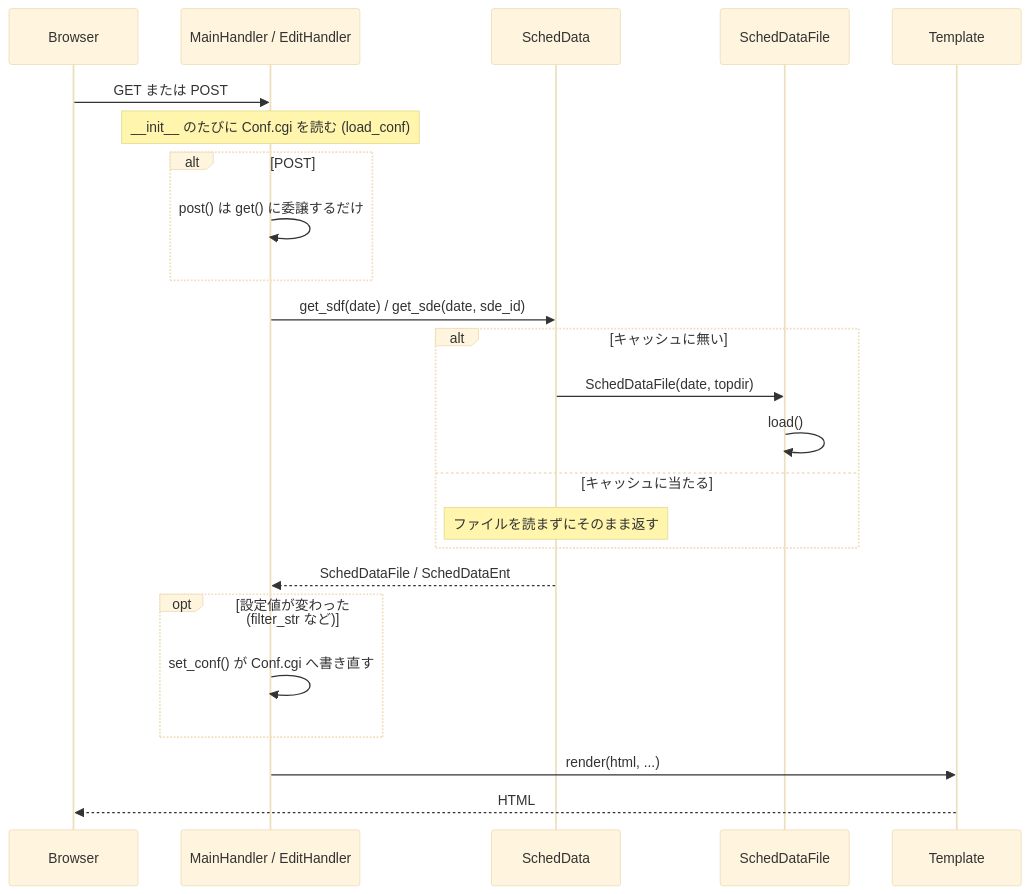
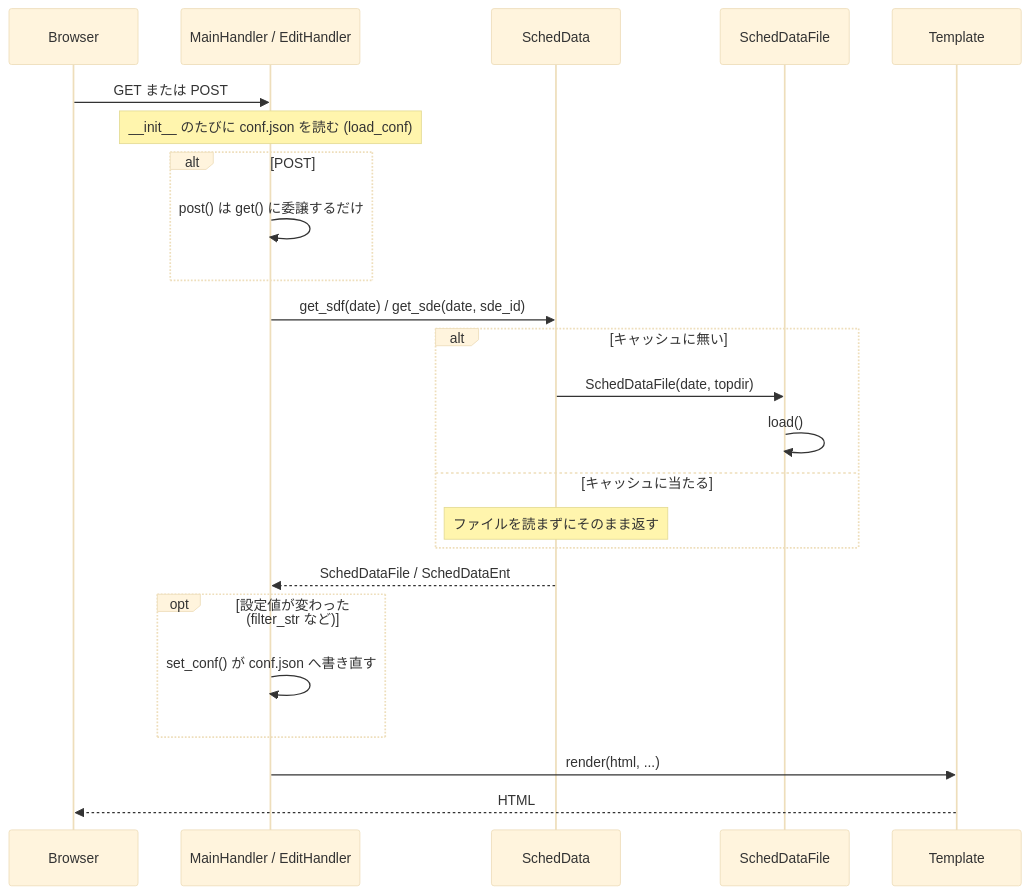
Before and after one commit to ytani01/ytsched: the third of 3 diagrams in src/README.md, drawn with Mermaid (base theme). The commit also changed other lines of this file and 19 other files, not shown here.

First line of the commit message:
feat(webapp): 設定ファイルを conf.json にする（TODO-032）

````diff
--- a/src/README.md
+++ b/src/README.md
@@ -159,27 +162,27 @@
 ```mermaid
 sequenceDiagram
     participant Browser
     participant Handler as MainHandler / EditHandler
     participant SD as SchedData
     participant SDF as SchedDataFile
     participant Template
 
     Browser->>Handler: GET または POST
-    Note over Handler: __init__ のたびに Conf.cgi を読む (load_conf)
+    Note over Handler: __init__ のたびに conf.json を読む (load_conf)
     alt POST
         Handler->>Handler: post() は get() に委譲するだけ
     end
     Handler->>SD: get_sdf(date) / get_sde(date, sde_id)
     alt キャッシュに無い
         SD->>SDF: SchedDataFile(date, topdir)
         SDF->>SDF: load()
     else キャッシュに当たる
         Note over SD: ファイルを読まずにそのまま返す
     end
     SD-->>Handler: SchedDataFile / SchedDataEnt
     opt 設定値が変わった (filter_str など)
-        Handler->>Handler: set_conf() が Conf.cgi へ書き直す
+        Handler->>Handler: set_conf() が conf.json へ書き直す
     end
     Handler->>Template: render(html, ...)
     Template-->>Browser: HTML
 ```
````
